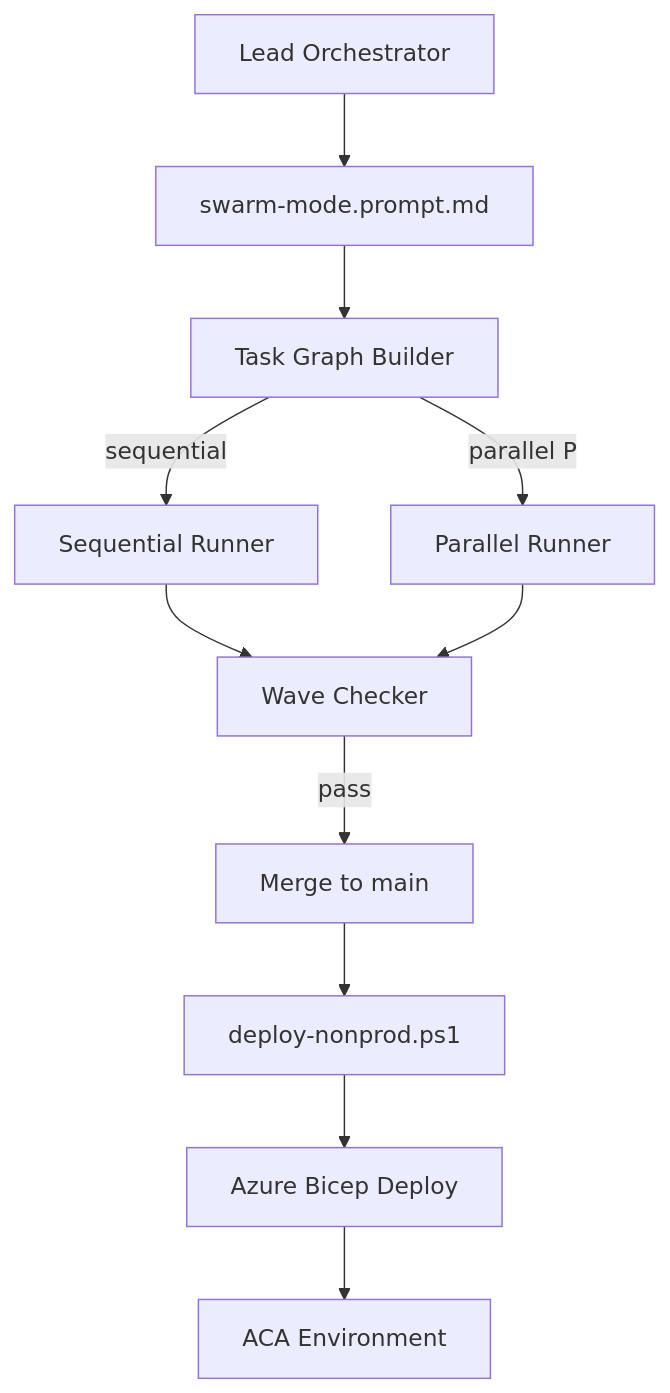
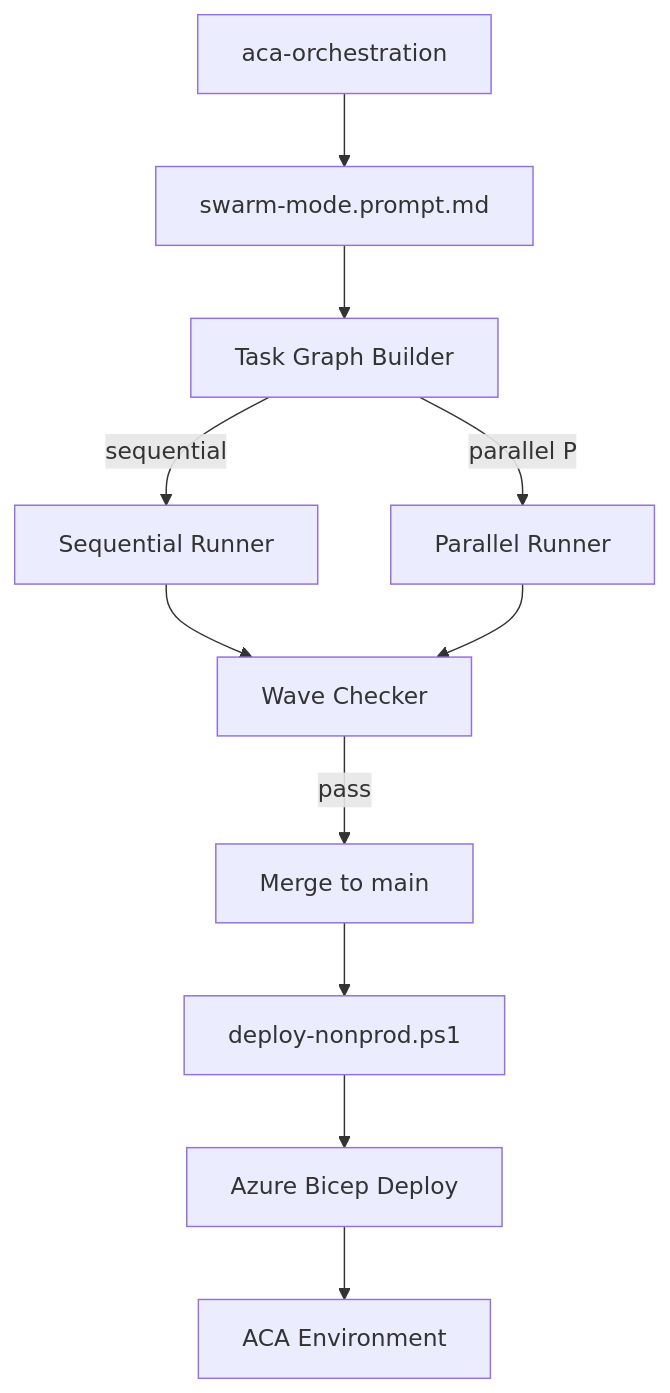
Before and after one commit to lenvolk/simplepetapp: the diagram in how2.md, drawn with Mermaid. The commit also changed other lines of this file and 7 other files, not shown here.

Commit message:
feat: Introduce ACA orchestration agent and streamline swarm workflow with no-typing trigger

````diff
--- a/how2.md
+++ b/how2.md
@@ -44,13 +44,13 @@
 ```mermaid
 flowchart TD
-  A[Lead Orchestrator] --> B[swarm-mode.prompt.md]
+  A[aca-orchestration] --> B[swarm-mode.prompt.md]
   B --> C[Task Graph Builder]
   C -->|sequential| D[Sequential Runner]
   C -->|parallel P| E[Parallel Runner]
   D --> F[Wave Checker]
   E --> F
   F -->|pass| G[Merge to main]
   G --> H[deploy-nonprod.ps1]
   H --> I[Azure Bicep Deploy]
   I --> J[ACA Environment]
 ```
````
